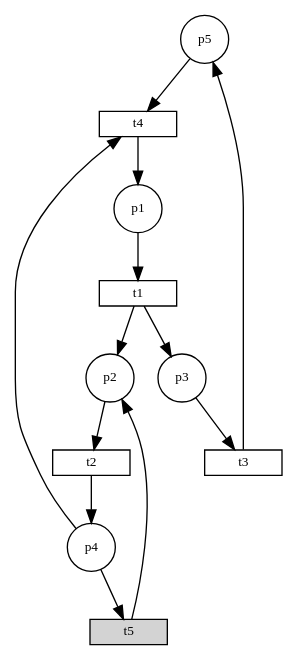
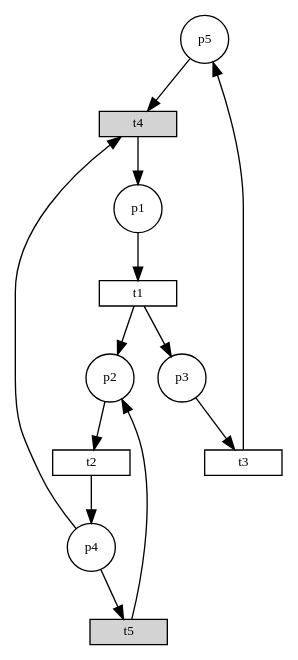
Before and after one commit to okamumu/JSPetriNet: the diagram in ex1.dot, drawn with Graphviz. The commit also changed 12 other files, not shown here.

```diff
--- a/ex1.dot
+++ b/ex1.dot
@@ -1,24 +1,24 @@
 digraph { layout=dot; overlap=false; splines=true; node [fontsize=10];
 "jspetrinet.petri.Place@1db9742" [shape = circle, label = "p5"];
 "jspetrinet.sim.SimExpTrans@52e922" -> "jspetrinet.petri.Place@1db9742";
 "jspetrinet.sim.SimExpTrans@52e922" [shape = box, label = "t3" width=0.8, height=0.2];
 "jspetrinet.petri.Place@10dea4e" -> "jspetrinet.sim.SimExpTrans@52e922";
 "jspetrinet.petri.Place@10dea4e" [shape = circle, label = "p3"];
 "jspetrinet.sim.SimExpTrans@1909752" -> "jspetrinet.petri.Place@10dea4e";
 "jspetrinet.sim.SimExpTrans@1909752" [shape = box, label = "t1" width=0.8, height=0.2];
 "jspetrinet.petri.Place@14eac69" -> "jspetrinet.sim.SimExpTrans@1909752";
 "jspetrinet.petri.Place@14eac69" [shape = circle, label = "p1"];
-"jspetrinet.sim.SimExpTrans@1b84c92" -> "jspetrinet.petri.Place@14eac69";
-"jspetrinet.sim.SimExpTrans@1b84c92" [shape = box, label = "t4" width=0.8, height=0.2];
-"jspetrinet.petri.Place@12204a1" -> "jspetrinet.sim.SimExpTrans@1b84c92";
+"jspetrinet.sim.SimGenUnifTrans@1b84c92" -> "jspetrinet.petri.Place@14eac69";
+"jspetrinet.sim.SimGenUnifTrans@1b84c92" [shape = box, label = "t4" width=0.8, height=0.2, style=filled];
+"jspetrinet.petri.Place@12204a1" -> "jspetrinet.sim.SimGenUnifTrans@1b84c92";
 "jspetrinet.petri.Place@12204a1" [shape = circle, label = "p4"];
 "jspetrinet.sim.SimExpTrans@14991ad" -> "jspetrinet.petri.Place@12204a1";
 "jspetrinet.sim.SimExpTrans@14991ad" [shape = box, label = "t2" width=0.8, height=0.2];
 "jspetrinet.petri.Place@16d3586" -> "jspetrinet.sim.SimExpTrans@14991ad";
 "jspetrinet.petri.Place@16d3586" [shape = circle, label = "p2"];
 "jspetrinet.sim.SimExpTrans@1909752" -> "jspetrinet.petri.Place@16d3586";
-"jspetrinet.sim.SimGenUnifTrans@140e19d" -> "jspetrinet.petri.Place@16d3586";
-"jspetrinet.sim.SimGenUnifTrans@140e19d" [shape = box, label = "t5" width=0.8, height=0.2, style=filled];
-"jspetrinet.petri.Place@12204a1" -> "jspetrinet.sim.SimGenUnifTrans@140e19d";
-"jspetrinet.petri.Place@1db9742" -> "jspetrinet.sim.SimExpTrans@1b84c92";
+"jspetrinet.sim.SimGenConstTrans@140e19d" -> "jspetrinet.petri.Place@16d3586";
+"jspetrinet.sim.SimGenConstTrans@140e19d" [shape = box, label = "t5" width=0.8, height=0.2, style=filled];
+"jspetrinet.petri.Place@12204a1" -> "jspetrinet.sim.SimGenConstTrans@140e19d";
+"jspetrinet.petri.Place@1db9742" -> "jspetrinet.sim.SimGenUnifTrans@1b84c92";
 }
```
